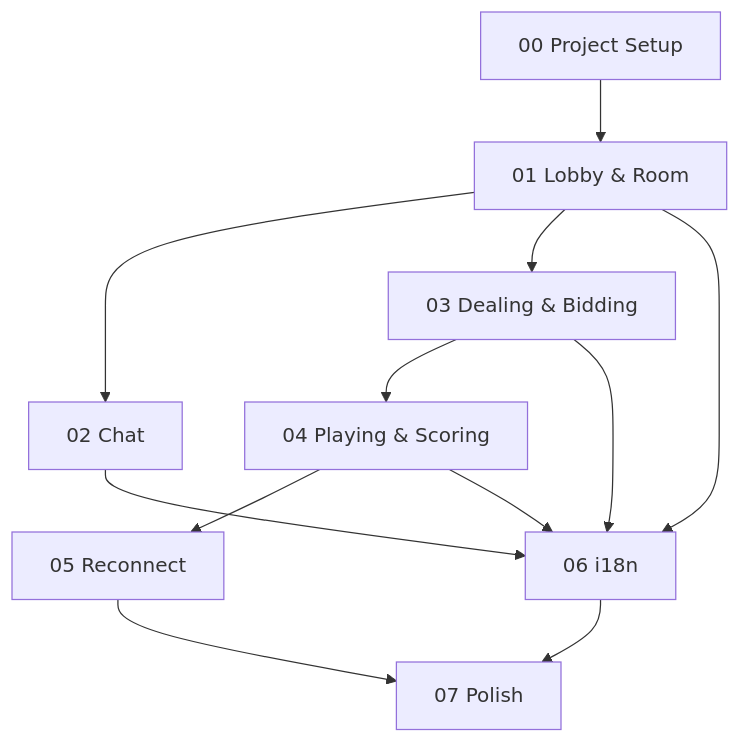
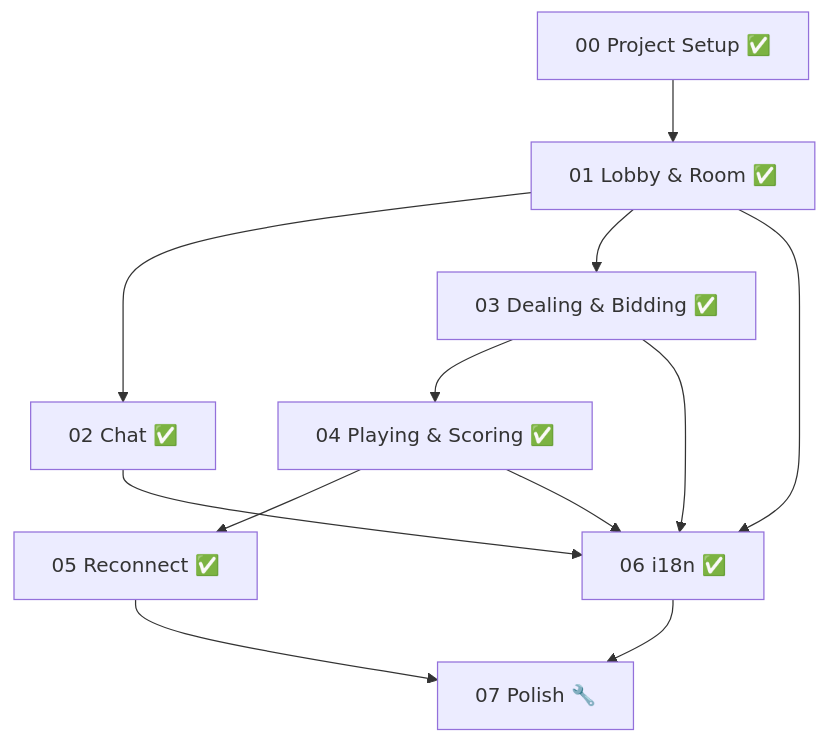
The diagram in docs/tasks/progress.md (FatCatIsFat0424/Brdige_Online), drawn with Mermaid before and after one commit. The commit also changed other lines of this file and 84 other files, not shown here.

````diff
--- a/docs/tasks/progress.md
+++ b/docs/tasks/progress.md
@@ -9,23 +9,23 @@
 ```mermaid
 graph TD
-    P0["00 Project Setup"]
-    P1["01 Lobby & Room"]
-    P2["02 Chat"]
-    P3["03 Dealing & Bidding"]
-    P4["04 Playing & Scoring"]
-    P5["05 Reconnect"]
-    P6["06 i18n"]
-    P7["07 Polish"]
+    P0["00 Project Setup ✅"]
+    P1["01 Lobby & Room ✅"]
+    P2["02 Chat ✅"]
+    P3["03 Dealing & Bidding ✅"]
+    P4["04 Playing & Scoring ✅"]
+    P5["05 Reconnect ✅"]
+    P6["06 i18n ✅"]
+    P7["07 Polish 🔧"]
 
     P0 --> P1
     P1 --> P2
     P1 --> P3
     P3 --> P4
     P4 --> P5
     P1 --> P6
     P2 --> P6
     P3 --> P6
     P4 --> P6
     P5 --> P7
     P6 --> P7
 ```
````
